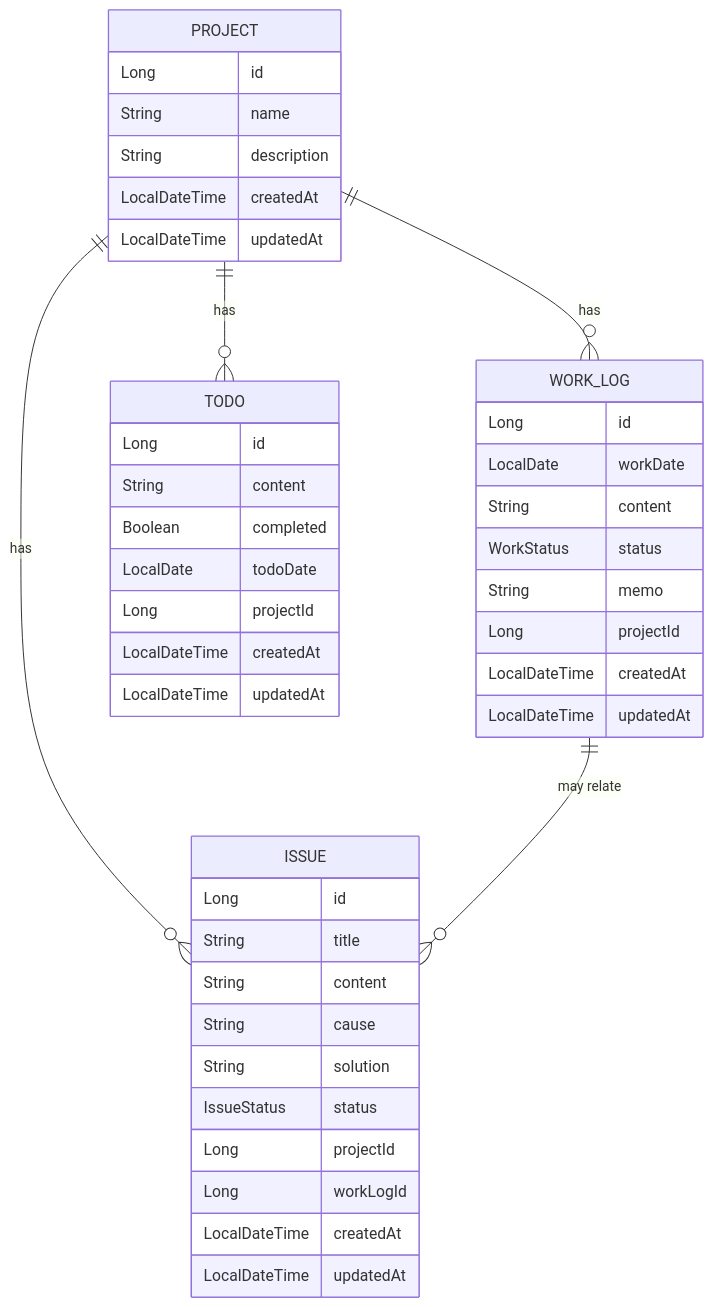
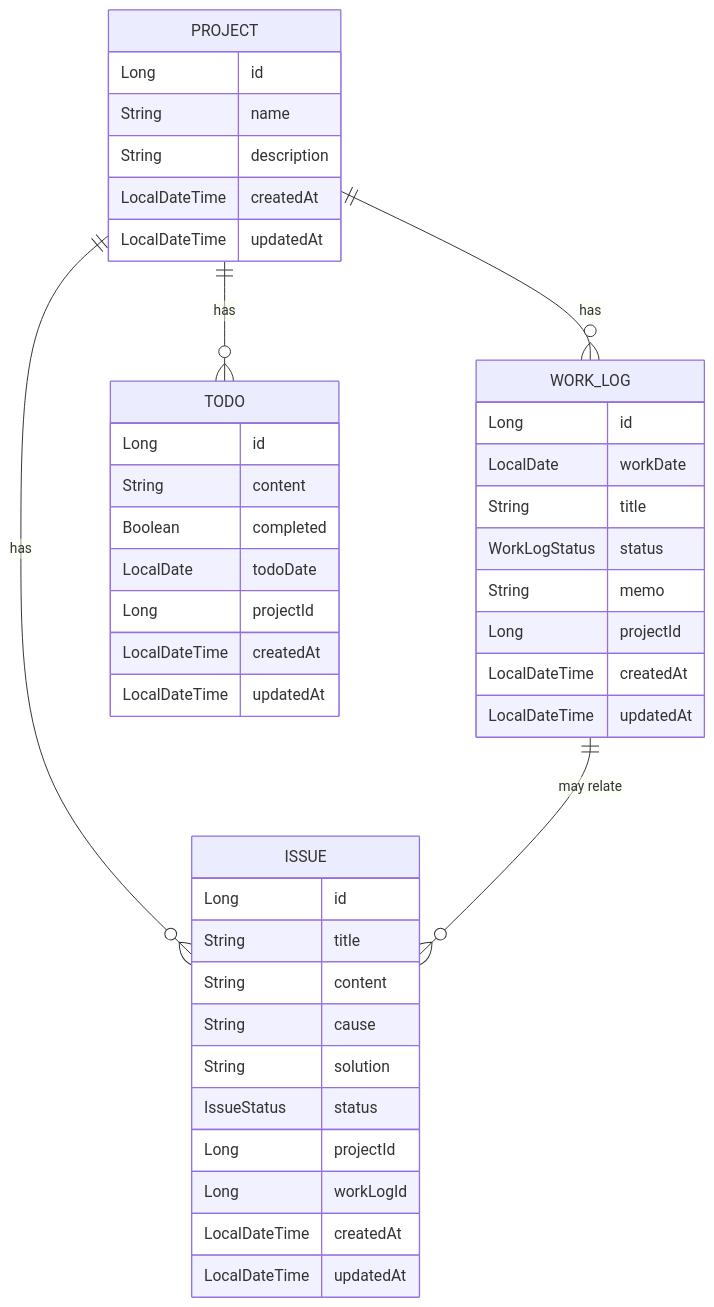
One commit to kbm1611/DevLog changed the diagram in docs/harness/09-devlog-mvp-spec.md. Above: the diagram before and after it, drawn with Mermaid. The commit also changed other lines of this file and 4 other files, not shown here.

````diff
--- a/docs/harness/09-devlog-mvp-spec.md
+++ b/docs/harness/09-devlog-mvp-spec.md
@@ -75,49 +75,49 @@
 ```mermaid
 erDiagram
   PROJECT ||--o{ WORK_LOG : "has"
   PROJECT ||--o{ ISSUE : "has"
   PROJECT ||--o{ TODO : "has"
   WORK_LOG ||--o{ ISSUE : "may relate"
 
   PROJECT {
     Long id
     String name
     String description
     LocalDateTime createdAt
     LocalDateTime updatedAt
   }
 
   WORK_LOG {
     Long id
     LocalDate workDate
-    String content
-    WorkStatus status
+    String title
+    WorkLogStatus status
     String memo
     Long projectId
     LocalDateTime createdAt
     LocalDateTime updatedAt
   }
 
   ISSUE {
     Long id
     String title
     String content
     String cause
     String solution
     IssueStatus status
     Long projectId
     Long workLogId
     LocalDateTime createdAt
     LocalDateTime updatedAt
   }
 
   TODO {
     Long id
     String content
     Boolean completed
     LocalDate todoDate
     Long projectId
     LocalDateTime createdAt
     LocalDateTime updatedAt
   }
 ```
````
